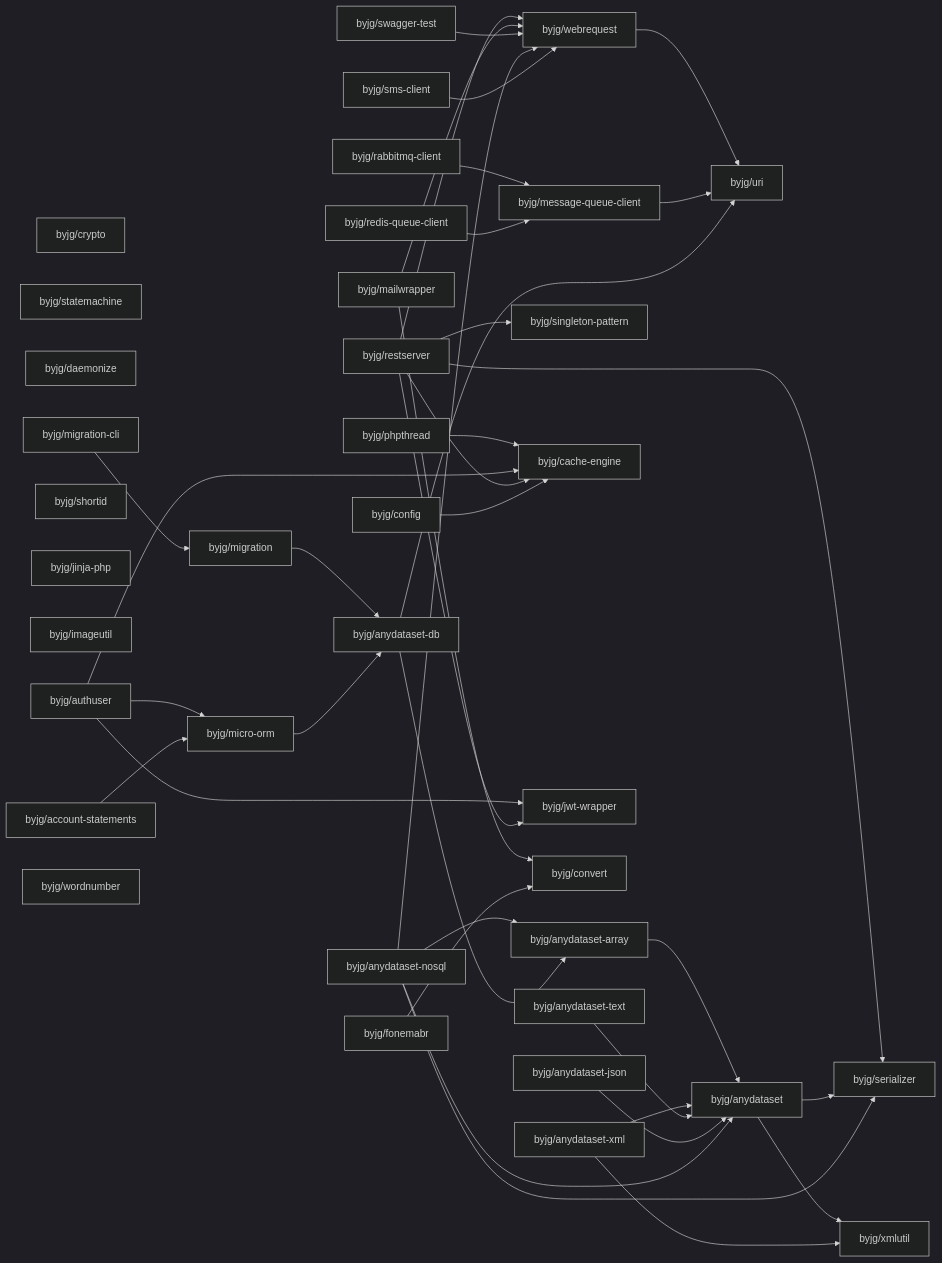
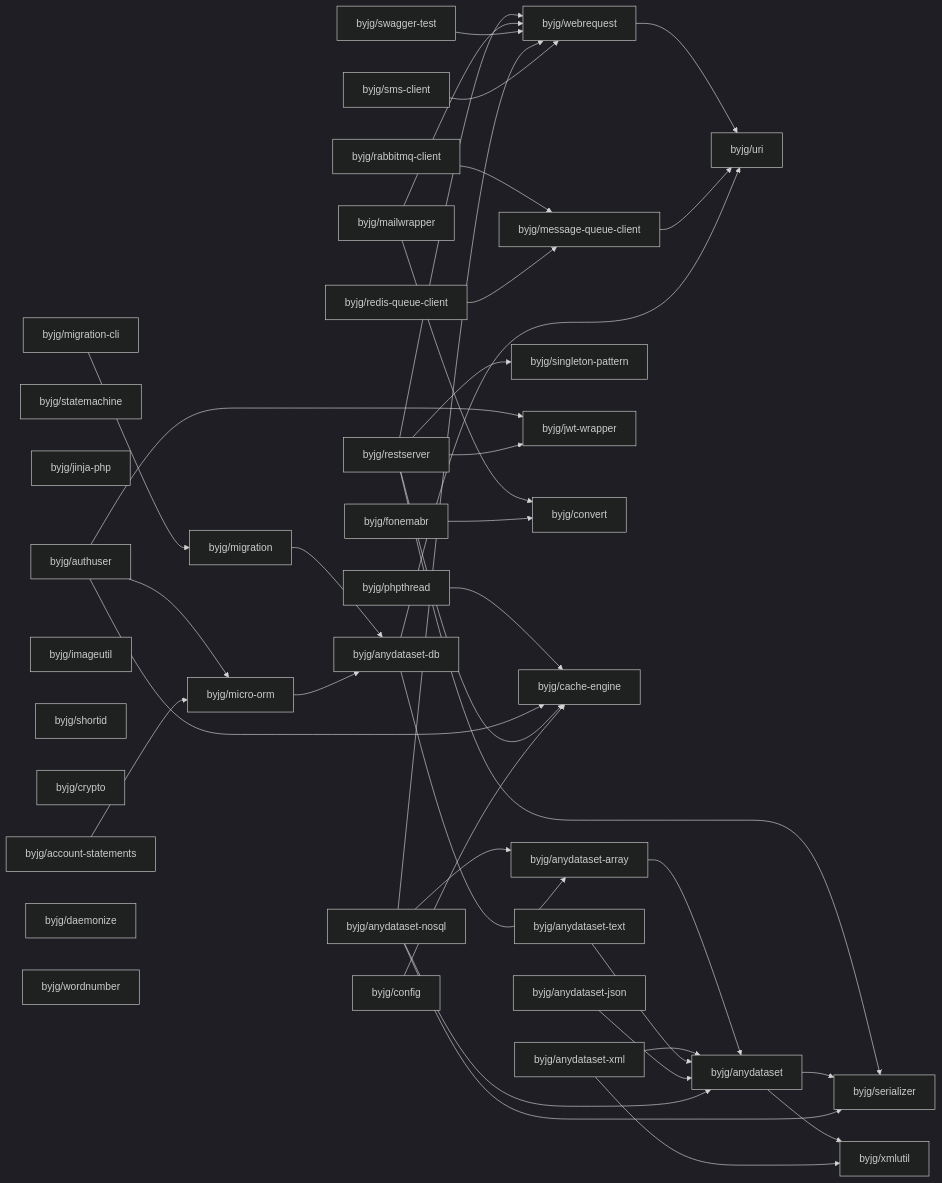
Before and after one commit to byjg/byjg.github.io: the diagram in docs/php/README.md, drawn with Mermaid (dark theme). The commit also changed other lines of this file and 1 other file, not shown here.

Commit message:
Update documentation 'php' 'php-anydataset-xml'

````diff
--- a/docs/php/README.md
+++ b/docs/php/README.md
@@ -3,76 +3,76 @@
 ```mermaid
 graph LR;
-  byjg/crypto;
-  byjg/sms-client;
+  byjg/restserver;
+  byjg/migration-cli;
+  byjg/anydataset-nosql;
   byjg/statemachine;
-  byjg/daemonize;
-  byjg/account-statements;
-  byjg/restserver;
+  byjg/anydataset-text;
+  byjg/jinja-php;
+  byjg/authuser;
+  byjg/mailwrapper;
+  byjg/imageutil;
+  byjg/swagger-test;
+  byjg/shortid;
+  byjg/anydataset-xml;
   byjg/rabbitmq-client;
   byjg/fonemabr;
+  byjg/crypto;
   byjg/config;
-  byjg/shortid;
-  byjg/jinja-php;
+  byjg/phpthread;
+  byjg/sms-client;
+  byjg/anydataset-json;
+  byjg/account-statements;
+  byjg/daemonize;
   byjg/redis-queue-client;
-  byjg/imageutil;
-  byjg/anydataset-nosql;
-  byjg/swagger-test;
-  byjg/phpthread;
-  byjg/anydataset-text;
-  byjg/migration-cli;
-  byjg/anydataset-xml;
-  byjg/authuser;
-  byjg/mailwrapper;
   byjg/wordnumber;
-  byjg/anydataset-json;
   byjg/singleton-pattern;
-  byjg/message-queue-client;
   byjg/migration;
-  byjg/micro-orm;
-  byjg/cache-engine;
   byjg/jwt-wrapper;
   byjg/convert;
+  byjg/cache-engine;
   byjg/webrequest;
+  byjg/micro-orm;
+  byjg/message-queue-client;
   byjg/anydataset-db;
   byjg/anydataset-array;
   byjg/uri;
   byjg/anydataset;
   byjg/serializer;
   byjg/xmlutil;
   byjg/phpthread --> byjg/cache-engine;
   byjg/authuser --> byjg/micro-orm;
   byjg/authuser --> byjg/cache-engine;
   byjg/authuser --> byjg/jwt-wrapper;
   byjg/anydataset-array --> byjg/anydataset;
   byjg/restserver --> byjg/serializer;
   byjg/restserver --> byjg/singleton-pattern;
   byjg/restserver --> byjg/cache-engine;
   byjg/restserver --> byjg/webrequest;
   byjg/restserver --> byjg/jwt-wrapper;
   byjg/mailwrapper --> byjg/convert;
   byjg/mailwrapper --> byjg/webrequest;
   byjg/swagger-test --> byjg/webrequest;
   byjg/migration --> byjg/anydataset-db;
   byjg/account-statements --> byjg/micro-orm;
   byjg/anydataset --> byjg/serializer;
   byjg/anydataset --> byjg/xmlutil;
   byjg/fonemabr --> byjg/convert;
   byjg/anydataset-xml --> byjg/anydataset;
   byjg/anydataset-xml --> byjg/xmlutil;
   byjg/webrequest --> byjg/uri;
   byjg/config --> byjg/cache-engine;
   byjg/migration-cli --> byjg/migration;
   byjg/anydataset-text --> byjg/anydataset;
   byjg/micro-orm --> byjg/anydataset-db;
   byjg/message-queue-client --> byjg/uri;
   byjg/anydataset-json --> byjg/anydataset;
   byjg/anydataset-nosql --> byjg/anydataset;
   byjg/anydataset-nosql --> byjg/anydataset-array;
   byjg/anydataset-nosql --> byjg/serializer;
   byjg/anydataset-nosql --> byjg/webrequest;
   byjg/anydataset-db --> byjg/anydataset-array;
   byjg/anydataset-db --> byjg/uri;
   byjg/rabbitmq-client --> byjg/message-queue-client;
   byjg/redis-queue-client --> byjg/message-queue-client;
   byjg/sms-client --> byjg/webrequest;
 ```
````
